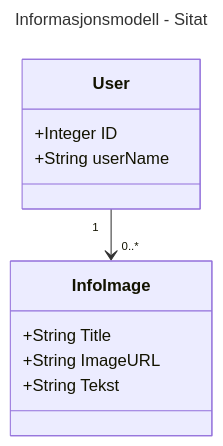
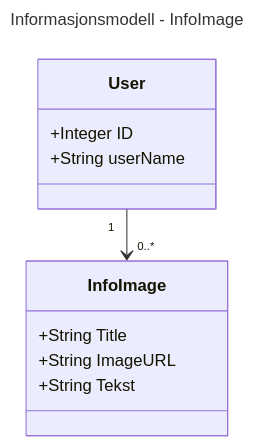
One commit to Morroklumpen/FRONTEND-official-2024 changed the first of 3 diagrams in doc/quote-spesifikasjon.md. Above: the diagram before and after it, drawn with Mermaid.

````diff
--- a/doc/quote-spesifikasjon.md
+++ b/doc/quote-spesifikasjon.md
@@ -26,15 +26,15 @@
 ```mermaid
 ---
-title: Informasjonsmodell - Sitat
+title: Informasjonsmodell - InfoImage
 ---
 classDiagram
     class User
       User:  +Integer ID
       User: +String userName
     class InfoImage
       InfoImage : +String Title
       InfoImage: +String ImageURL
       InfoImage: +String Tekst
 
     User "1" --> "0..*" InfoImage
 ```
````
